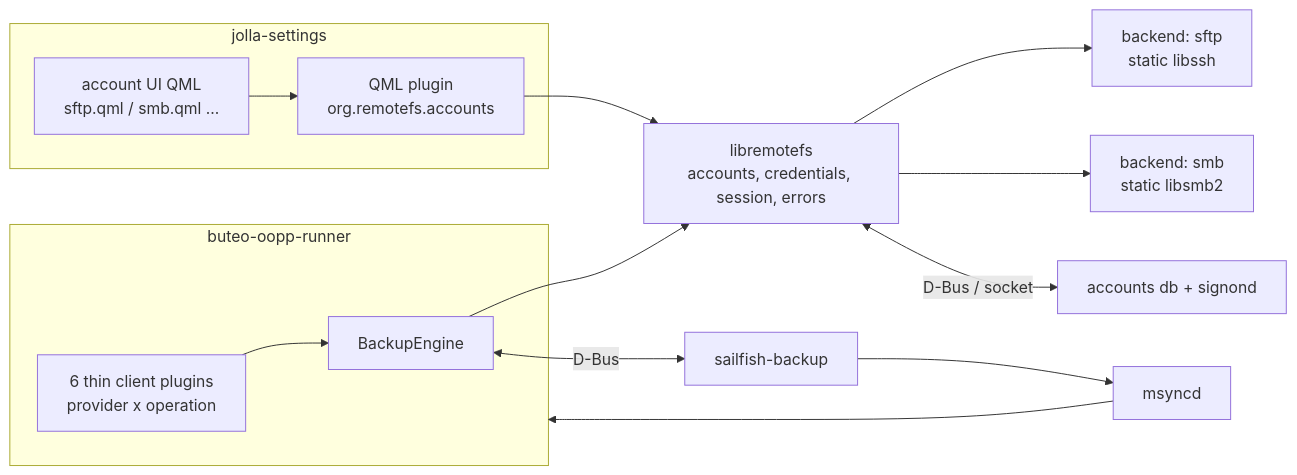
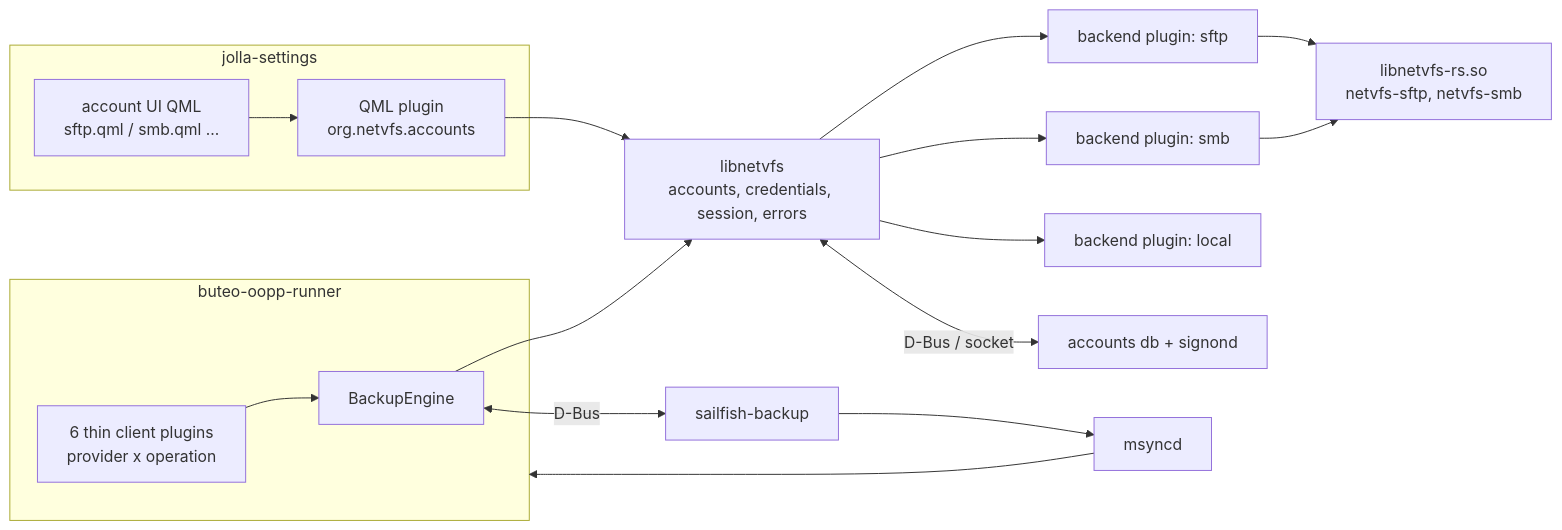
One commit to muhnschein/netvfs changed the diagram in doc/SPEC.md. Above: the diagram before and after it, drawn with Mermaid. The commit also changed other lines of this file, not shown here.

````diff
--- a/doc/SPEC.md
+++ b/doc/SPEC.md
@@ -135,22 +133,25 @@
 ```mermaid
 flowchart LR
   subgraph settings[jolla-settings]
     ui[account UI QML<br/>sftp.qml / smb.qml ...]
-    qmlplugin[QML plugin<br/>org.remotefs.accounts]
+    qmlplugin[QML plugin<br/>org.netvfs.accounts]
   end
   subgraph oopp[buteo-oopp-runner]
     shim[6 thin client plugins<br/>provider x operation]
     engine[BackupEngine]
   end
-  core[libremotefs<br/>accounts, credentials, session, errors]
-  sftp[backend: sftp<br/>static libssh]
-  smb[backend: smb<br/>static libsmb2]
+  core[libnetvfs<br/>accounts, credentials, session, errors]
+  sftp[backend plugin: sftp]
+  smb[backend plugin: smb]
+  local[backend plugin: local]
+  rs[libnetvfs-rs.so<br/>netvfs-sftp, netvfs-smb]
   ui --> qmlplugin --> core
   shim --> engine --> core
-  core --> sftp
-  core --> smb
+  core --> sftp --> rs
+  core --> smb --> rs
+  core --> local
   engine <-->|D-Bus| backup[sailfish-backup]
   core <-->|D-Bus / socket| sso[accounts db + signond]
   msyncd --> oopp
   backup --> msyncd
 ```
````
